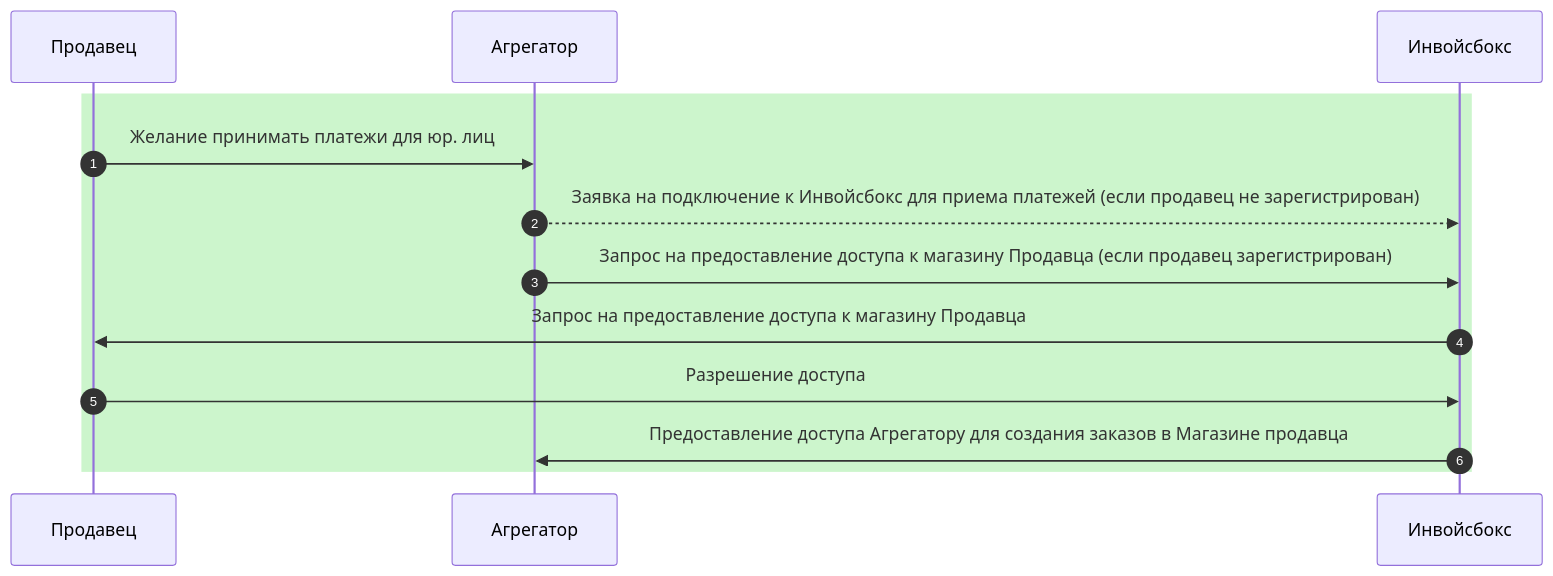
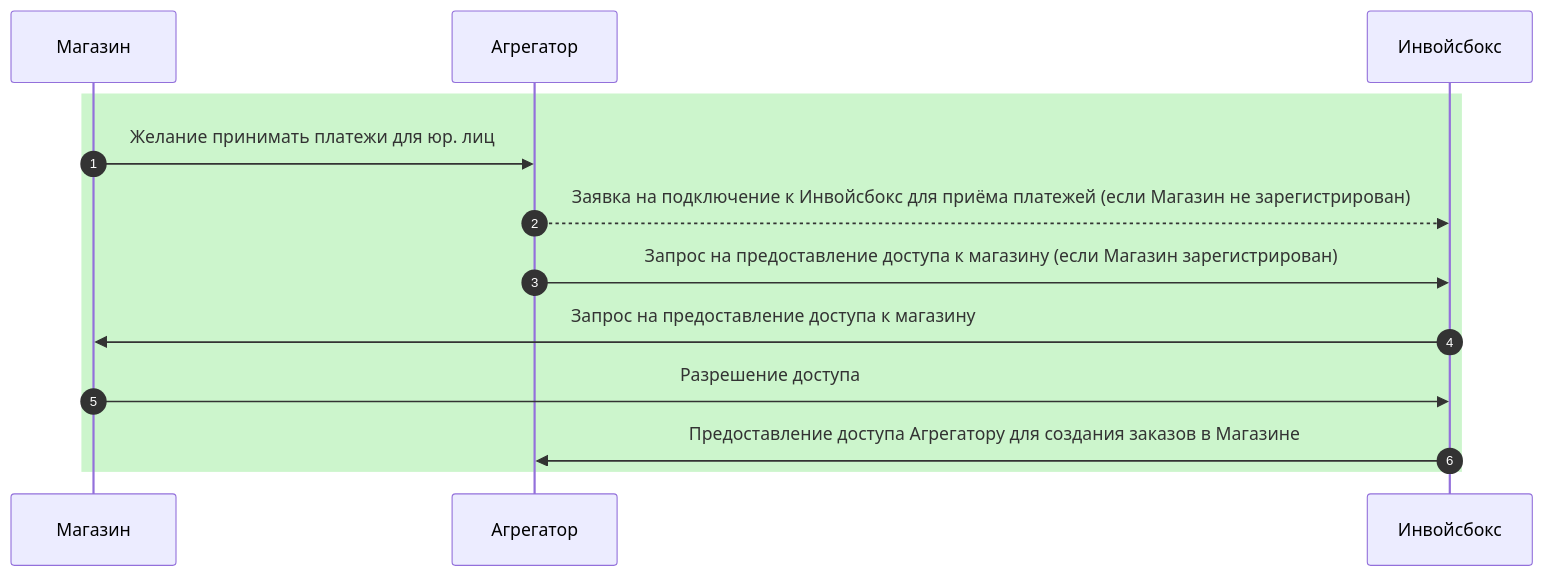
One commit to YIGRIKY/invoicebox-docs changed the diagram in docs/scenarios/payment-service-provider.md. Above: the diagram before and after it, drawn with Mermaid. The commit also changed other lines of this file, not shown here.

```diff
--- a/docs/scenarios/payment-service-provider.md
+++ b/docs/scenarios/payment-service-provider.md
@@ -17,15 +19,15 @@
 <div class="mermaid">
 sequenceDiagram
     autonumber
-    participant Продавец
+    participant Магазин
     participant Агрегатор
     participant Инвойсбокс
     rect rgb(204, 245, 204)
-        Продавец->>Агрегатор: Желание принимать платежи для юр. лиц
-        Агрегатор-->>Инвойсбокс: Заявка на подключение к Инвойсбокс для приема платежей (если продавец не зарегистрирован)
-        Агрегатор->>Инвойсбокс: Запрос на предоставление доступа к магазину Продавца (если продавец зарегистрирован)
-        Инвойсбокс->>Продавец: Запрос на предоставление доступа к магазину Продавца
-        Продавец->>Инвойсбокс: Разрешение доступа
-        Инвойсбокс->>Агрегатор: Предоставление доступа Агрегатору для создания заказов в Магазине продавца
+        Магазин->>Агрегатор: Желание принимать платежи для юр. лиц
+        Агрегатор-->>Инвойсбокс: Заявка на подключение к Инвойсбокс для приёма платежей (если Магазин не зарегистрирован)
+        Агрегатор->>Инвойсбокс: Запрос на предоставление доступа к магазину (если Магазин зарегистрирован)
+        Инвойсбокс->>Магазин: Запрос на предоставление доступа к магазину
+        Магазин->>Инвойсбокс: Разрешение доступа
+        Инвойсбокс->>Агрегатор: Предоставление доступа Агрегатору для создания заказов в Магазине
     end
 </div>
```
